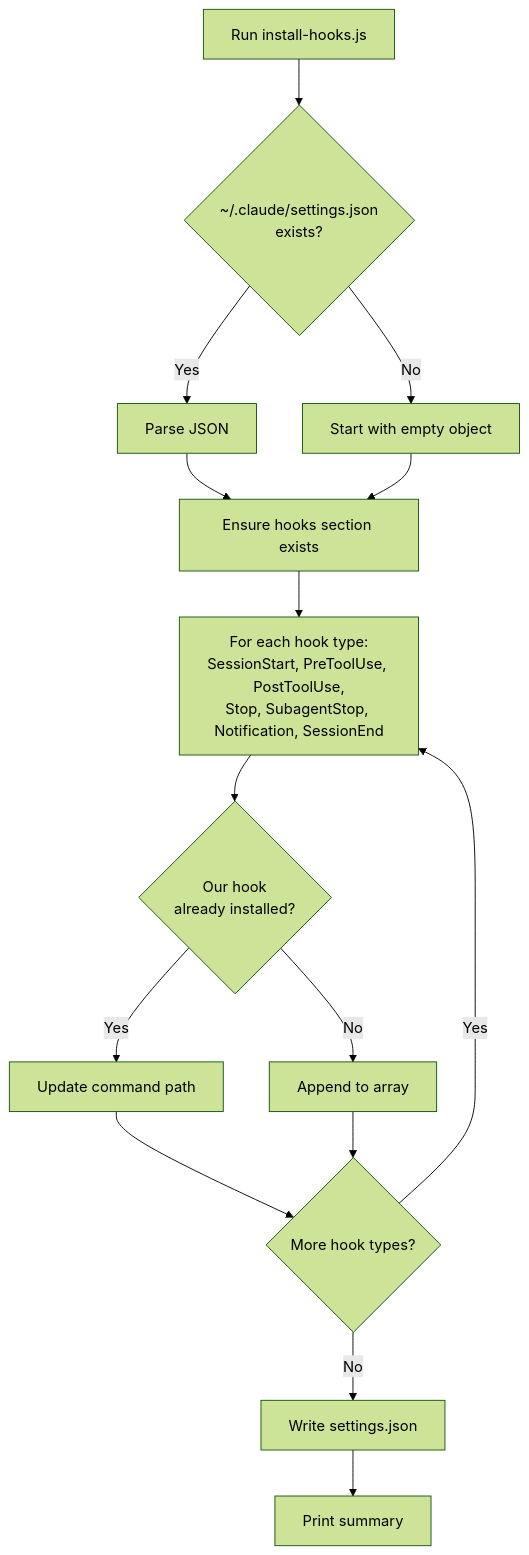
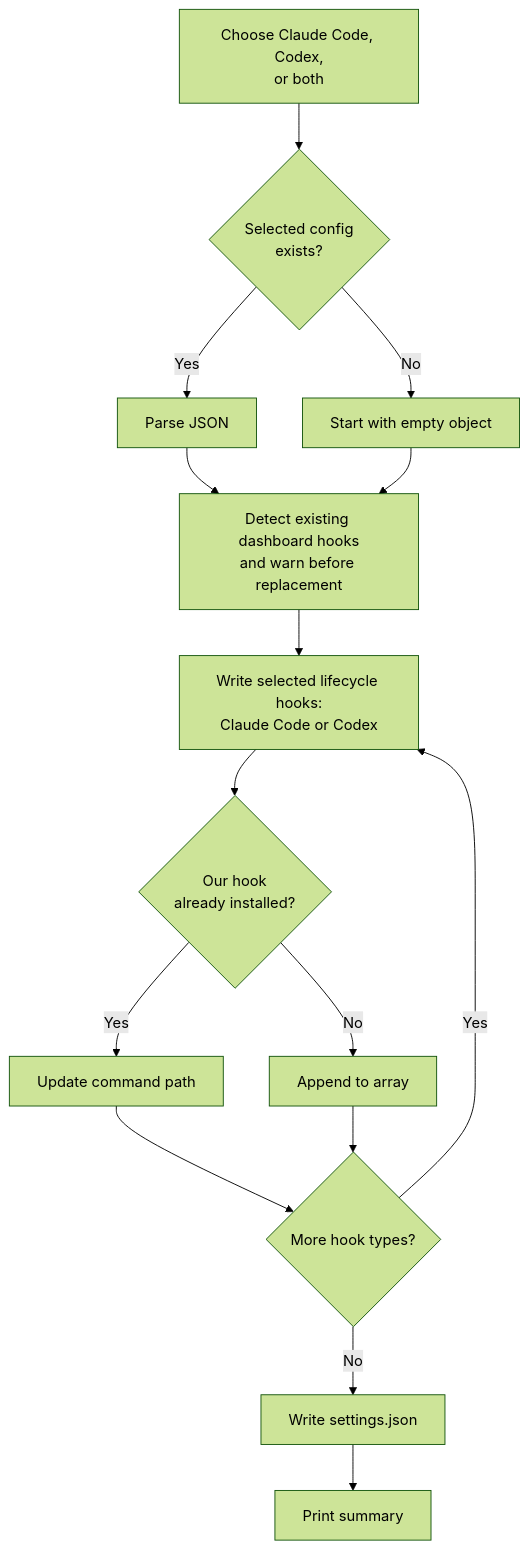
Before and after one commit to CorentinPa/Claude-Code-Agent-Monitor: diagram 17 of 48 in ARCHITECTURE.md, drawn with Mermaid (forest theme). The commit also changed other lines of this file and 58 other files, not shown here.

Commit message:
feat: add Codex session monitoring

````diff
--- a/ARCHITECTURE.md
+++ b/ARCHITECTURE.md
@@ -1093,22 +1096,22 @@
 ```mermaid
 flowchart TD
-    START[Run install-hooks.js] --> READ{~/.claude/settings.json<br/>exists?}
+    START[Choose Claude Code, Codex,<br/>or both] --> READ{Selected config<br/>exists?}
     READ -->|Yes| PARSE[Parse JSON]
     READ -->|No| EMPTY[Start with empty object]
     PARSE --> CHECK
     EMPTY --> CHECK
 
-    CHECK[Ensure hooks section exists]
-    CHECK --> LOOP["For each hook type:<br/>SessionStart, PreToolUse, PostToolUse,<br/>Stop, SubagentStop, Notification, SessionEnd"]
+    CHECK[Detect existing dashboard hooks<br/>and warn before replacement]
+    CHECK --> LOOP["Write selected lifecycle hooks:<br/>Claude Code or Codex"]
 
     LOOP --> EXISTS{Our hook<br/>already installed?}
     EXISTS -->|Yes| UPDATE[Update command path]
     EXISTS -->|No| APPEND[Append to array]
     UPDATE --> NEXT
     APPEND --> NEXT
 
     NEXT{More hook types?}
     NEXT -->|Yes| LOOP
     NEXT -->|No| WRITE[Write settings.json]
     WRITE --> DONE[Print summary]
 ```
````
